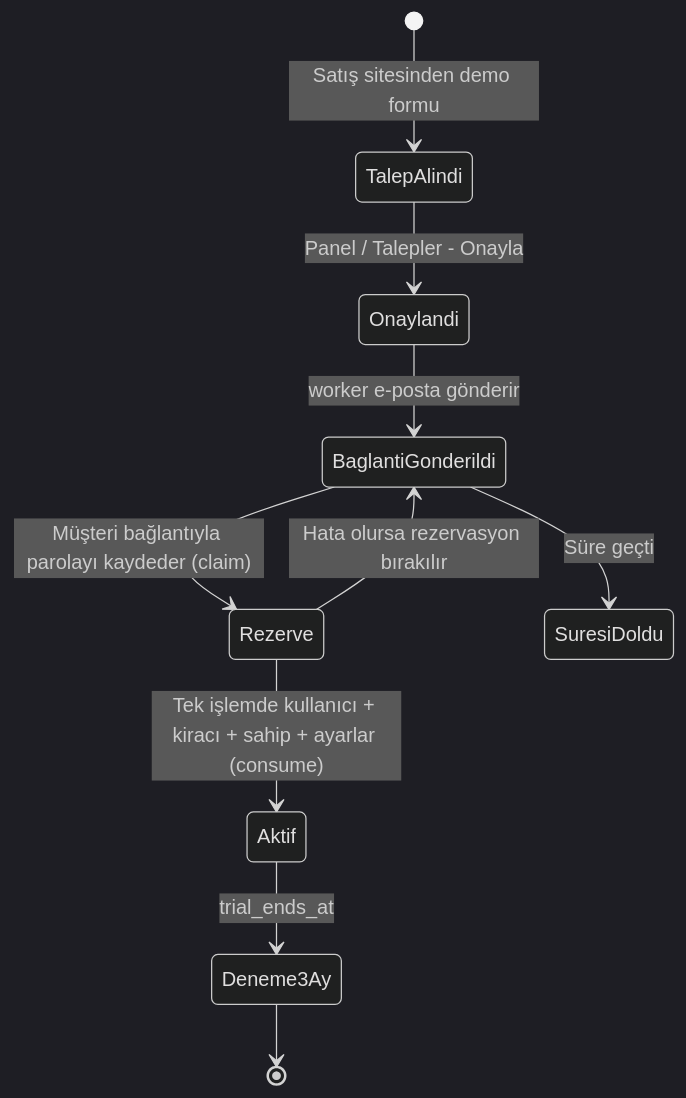
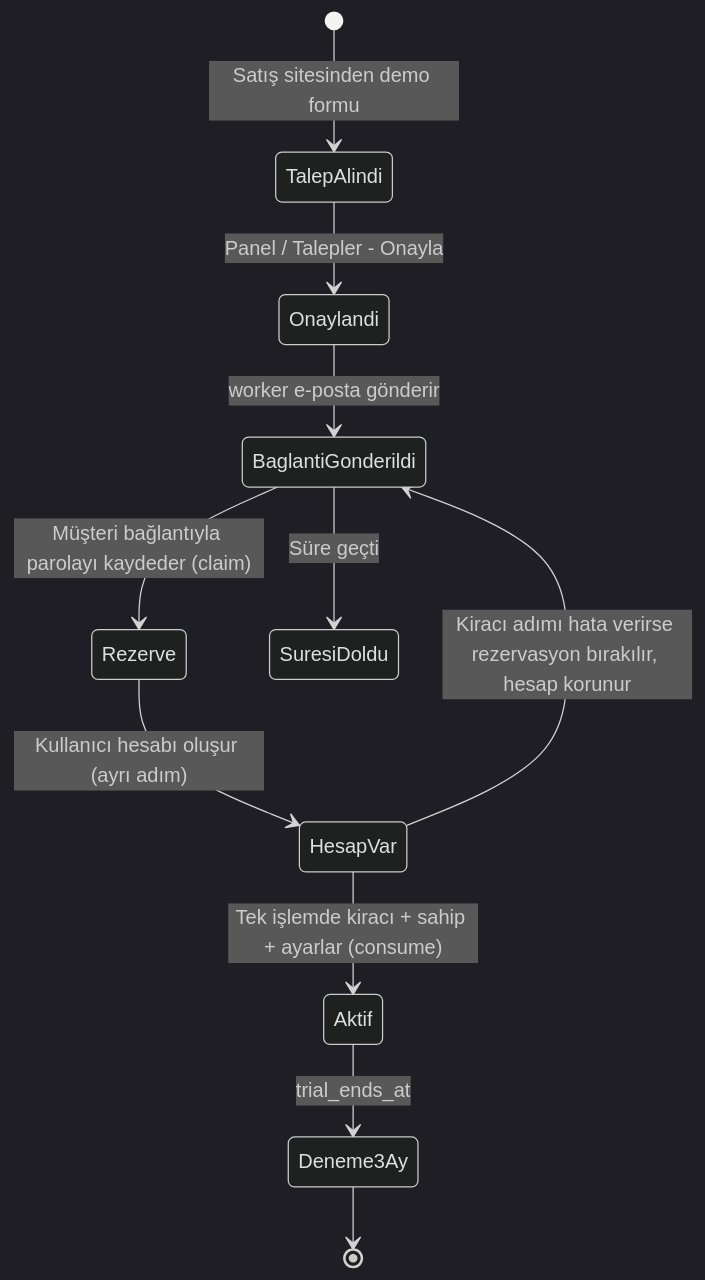
The second of 5 diagrams in docs/fonksiyonel-mimari/02a-kimlik-ekip-yetki.md (shosgoren/EtkinWMS), drawn with Mermaid (dark theme) before and after one commit. The commit also changed other lines of this file and 1 other file, not shown here.

Commit message:
docs(T-1028): deneme aktivasyonunun iki aşamalı işlem sınırı düzeltildi
Hesap ayrı adımda oluşur; kiracı adımı hata verirse hesap korunur
(activation.ts). Codex inceleme bulgusu.

Claude-Session: https://claude.ai/code/session_015tP1ZCc8GvTbwVBRKTXTgR

````diff
--- a/docs/fonksiyonel-mimari/02a-kimlik-ekip-yetki.md
+++ b/docs/fonksiyonel-mimari/02a-kimlik-ekip-yetki.md
@@ -111,12 +111,13 @@
 ```mermaid
 stateDiagram-v2
   [*] --> TalepAlindi: Satış sitesinden demo formu
   TalepAlindi --> Onaylandi: Panel / Talepler - Onayla
   Onaylandi --> BaglantiGonderildi: worker e-posta gönderir
   BaglantiGonderildi --> Rezerve: Müşteri bağlantıyla parolayı kaydeder (claim)
-  Rezerve --> Aktif: Tek işlemde kullanıcı + kiracı + sahip + ayarlar (consume)
-  Rezerve --> BaglantiGonderildi: Hata olursa rezervasyon bırakılır
+  Rezerve --> HesapVar: Kullanıcı hesabı oluşur (ayrı adım)
+  HesapVar --> Aktif: Tek işlemde kiracı + sahip + ayarlar (consume)
+  HesapVar --> BaglantiGonderildi: Kiracı adımı hata verirse rezervasyon bırakılır, hesap korunur
   BaglantiGonderildi --> SuresiDoldu: Süre geçti
   Aktif --> Deneme3Ay: trial_ends_at
   Deneme3Ay --> [*]
 ```
````
